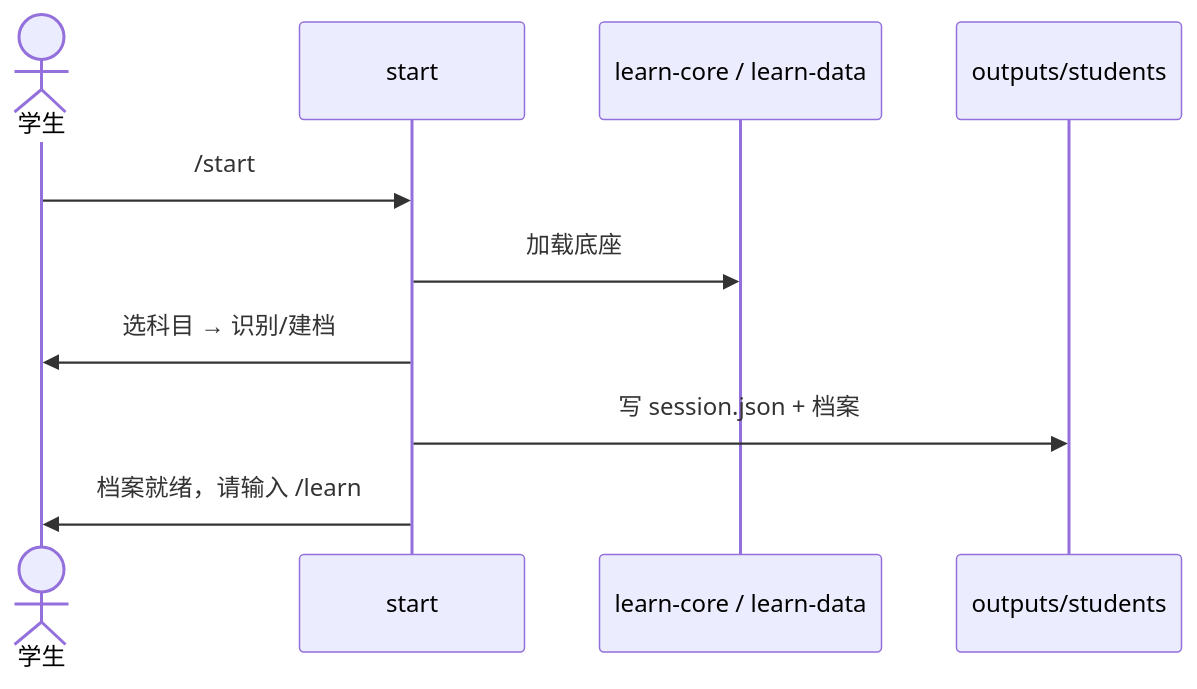
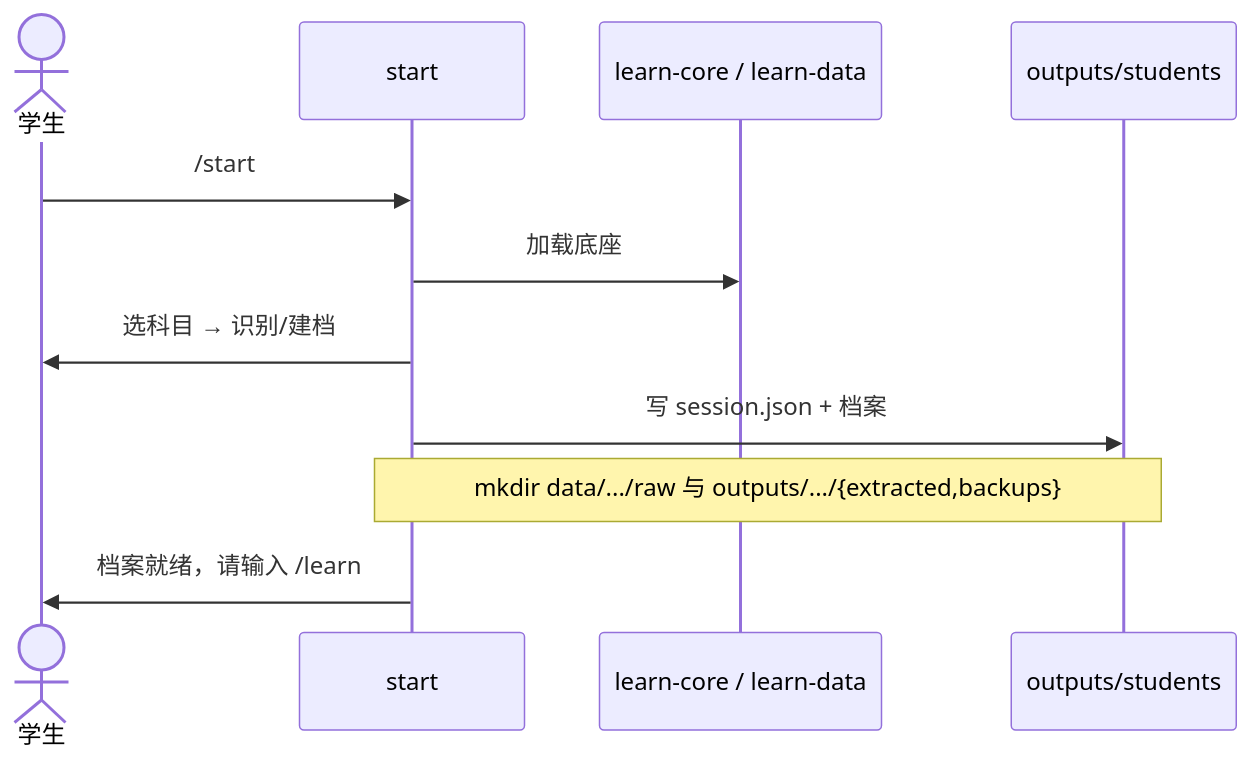
The eighth of 17 diagrams in docs/skills/call-graph.md (gengyabc/baicai-edu), drawn with Mermaid before and after one commit. The commit also changed other lines of this file and 19 other files, not shown here.

First line of the commit message:
Split math teaching rules into focused references and sync the call graph.

````diff
--- a/docs/skills/call-graph.md
+++ b/docs/skills/call-graph.md
@@ -203,13 +221,14 @@
 ```mermaid
 sequenceDiagram
   actor S as 学生
   participant Start as start
   participant Base as learn-core / learn-data
   participant FS as outputs/students
 
   S->>Start: /start
   Start->>Base: 加载底座
   Start->>S: 选科目 → 识别/建档
   Start->>FS: 写 session.json + 档案
+  Note over Start,FS: mkdir data/.../raw 与 outputs/.../{extracted,backups}
   Start->>S: 档案就绪，请输入 /learn
 ```
````
